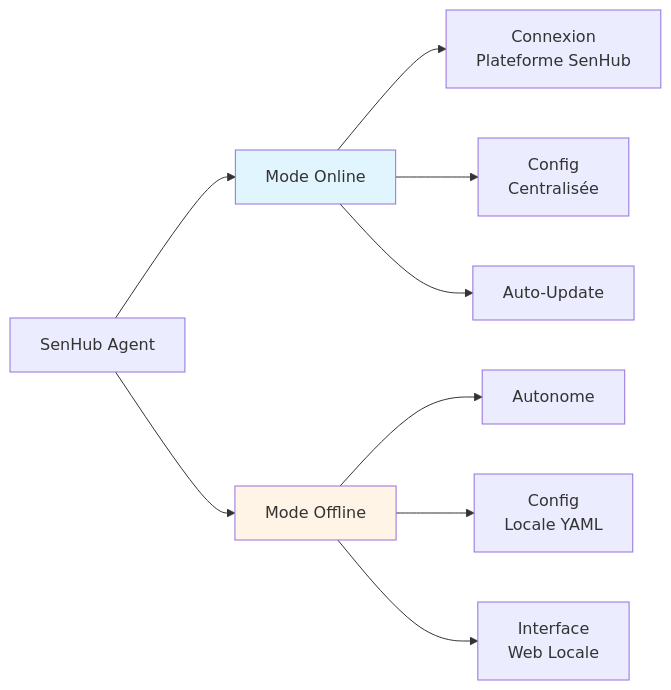
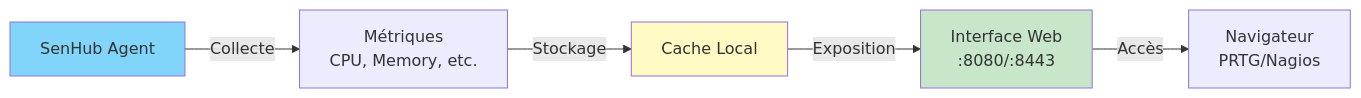
The diagram in docs/user-guide/INSTALLATION.md (senhub-io/senhub-agent), drawn with Mermaid before and after one commit. The commit also changed other lines of this file, not shown here.

````diff
--- a/docs/user-guide/INSTALLATION.md
+++ b/docs/user-guide/INSTALLATION.md
@@ -60,16 +31,11 @@
 ```mermaid
 graph LR
-    A[SenHub Agent] --> B[Mode Online]
-    A --> C[Mode Offline]
+    A[SenHub Agent] -->|Collecte| B[Métriques<br/>CPU, Memory, etc.]
+    B -->|Stockage| C[Cache Local]
+    C -->|Exposition| D[Interface Web<br/>:8080/:8443]
+    D -->|Accès| E[Navigateur<br/>PRTG/Nagios]
 
-    B --> D[Connexion<br/>Plateforme SenHub]
-    B --> E[Config<br/>Centralisée]
-    B --> F[Auto-Update]
-
-    C --> G[Autonome]
-    C --> H[Config<br/>Locale YAML]
-    C --> I[Interface<br/>Web Locale]
-
-    style B fill:#e1f5ff
-    style C fill:#fff4e6
+    style A fill:#81d4fa
+    style C fill:#fff9c4
+    style D fill:#c8e6c9
 ```
````
